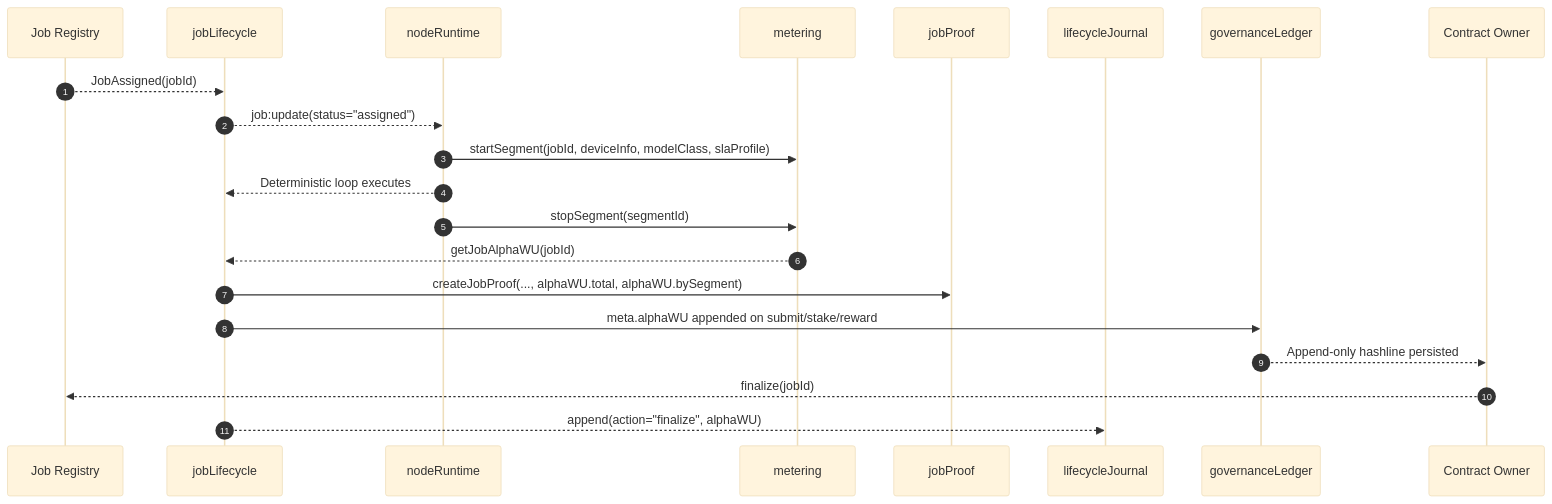
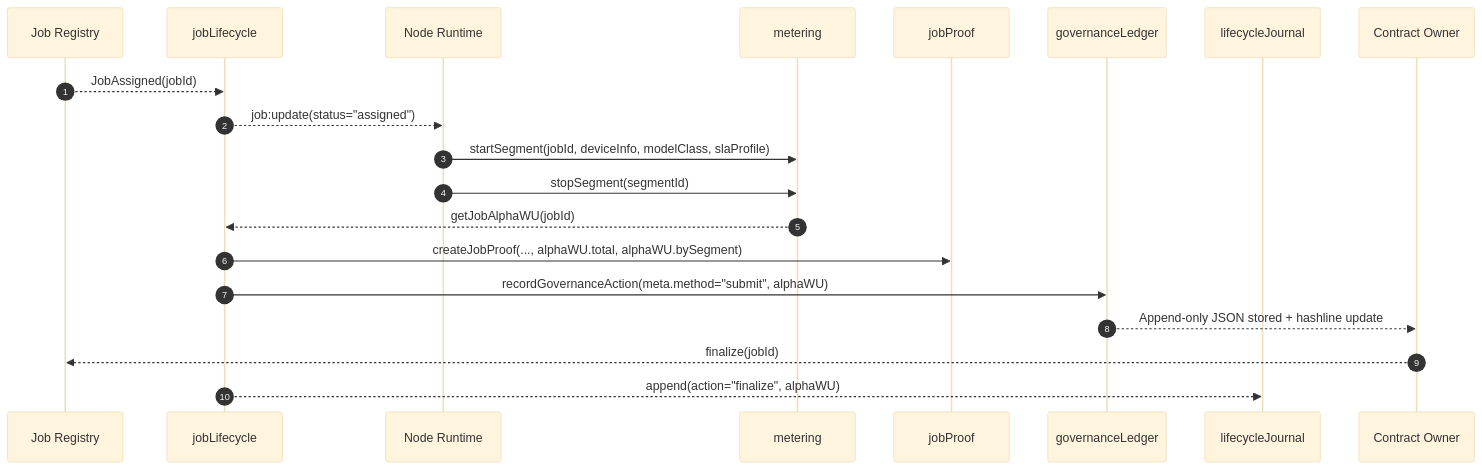
One commit to MontrealAI/AGI-Alpha-Node-v0 changed the second of 4 diagrams in README.md. Above: the diagram before and after it, drawn with Mermaid (base theme). The commit also changed other lines of this file and 2 other files, not shown here.

Commit message:
Enhance alpha telemetry integration

````diff
--- a/README.md
+++ b/README.md
@@ -108,24 +100,23 @@
 ```mermaid
 sequenceDiagram
   autonumber
   participant Registry as Job Registry
   participant Lifecycle as jobLifecycle
-  participant Runtime as nodeRuntime
+  participant Runtime as Node Runtime
   participant Meter as metering
   participant Proof as jobProof
+  participant Ledger as governanceLedger
   participant Journal as lifecycleJournal
-  participant GovLedger as governanceLedger
   participant Owner as Contract Owner
 
   Registry-->>Lifecycle: JobAssigned(jobId)
   Lifecycle-->>Runtime: job:update(status="assigned")
   Runtime->>Meter: startSegment(jobId, deviceInfo, modelClass, slaProfile)
-  Runtime-->>Lifecycle: Deterministic loop executes
   Runtime->>Meter: stopSegment(segmentId)
   Meter-->>Lifecycle: getJobAlphaWU(jobId)
   Lifecycle->>Proof: createJobProof(..., alphaWU.total, alphaWU.bySegment)
-  Lifecycle->>GovLedger: meta.alphaWU appended on submit/stake/reward
-  GovLedger-->>Owner: Append-only hashline persisted
+  Lifecycle->>Ledger: recordGovernanceAction(meta.method="submit", alphaWU)
+  Ledger-->>Owner: Append-only JSON stored + hashline update
   Owner-->>Registry: finalize(jobId)
   Lifecycle-->>Journal: append(action="finalize", alphaWU)
 ```
````
